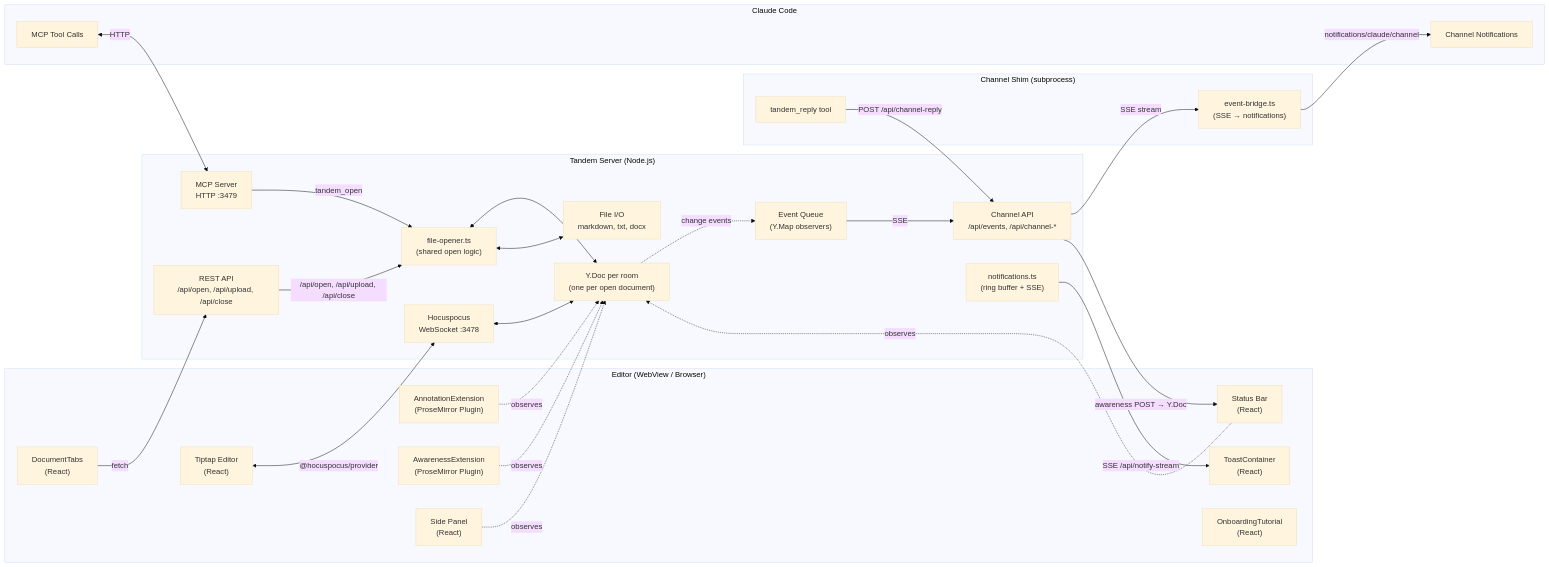
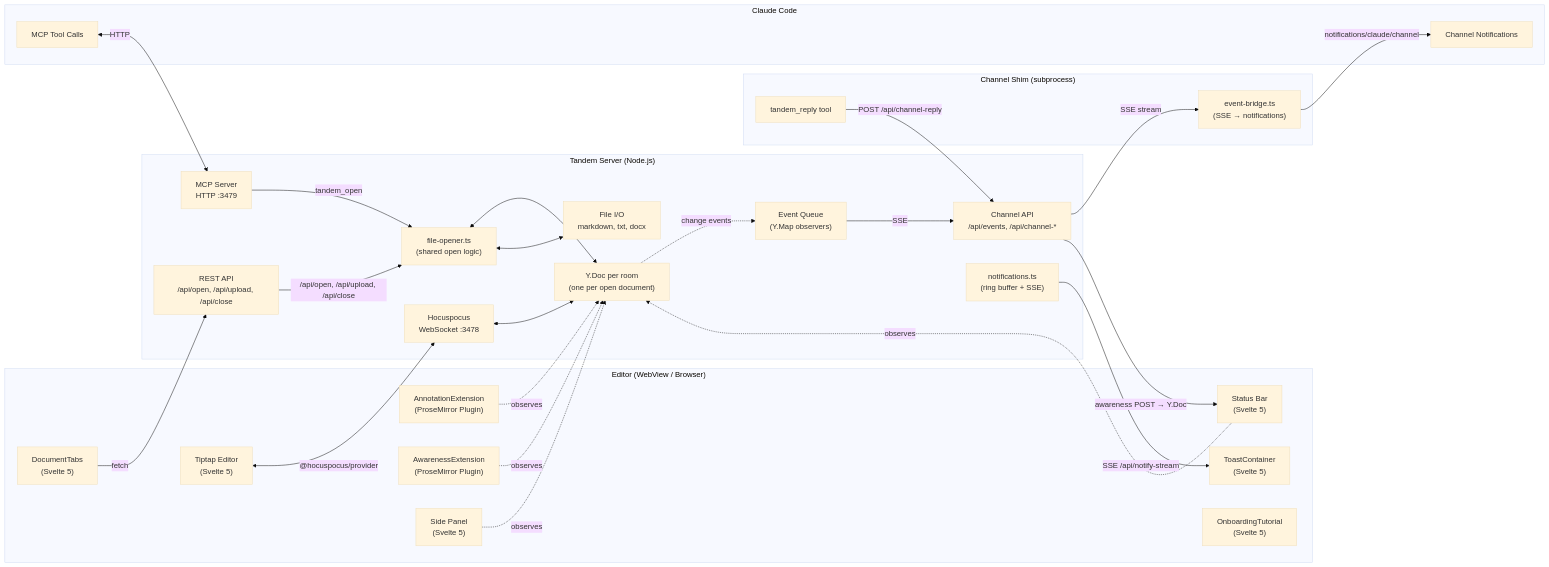
One commit to bloknayrb/tandem changed the second of 3 diagrams in docs/architecture.md. Above: the diagram before and after it, drawn with Mermaid (base theme). The commit also changed other lines of this file and 4 other files, not shown here.

````diff
--- a/docs/architecture.md
+++ b/docs/architecture.md
@@ -33,55 +33,55 @@
 ```mermaid
 graph LR
     subgraph "Editor (WebView / Browser)"
-        DocTabs["DocumentTabs<br/>(React)"]
-        Tiptap["Tiptap Editor<br/>(React)"]
+        DocTabs["DocumentTabs<br/>(Svelte 5)"]
+        Tiptap["Tiptap Editor<br/>(Svelte 5)"]
         AnnExt["AnnotationExtension<br/>(ProseMirror Plugin)"]
         AwExt["AwarenessExtension<br/>(ProseMirror Plugin)"]
-        SidePanel["Side Panel<br/>(React)"]
-        StatusBar["Status Bar<br/>(React)"]
-        Toasts["ToastContainer<br/>(React)"]
-        Tutorial["OnboardingTutorial<br/>(React)"]
+        SidePanel["Side Panel<br/>(Svelte 5)"]
+        StatusBar["Status Bar<br/>(Svelte 5)"]
+        Toasts["ToastContainer<br/>(Svelte 5)"]
+        Tutorial["OnboardingTutorial<br/>(Svelte 5)"]
     end
 
     subgraph "Tandem Server (Node.js)"
         HP["Hocuspocus<br/>WebSocket :3478"]
         MCP["MCP Server<br/>HTTP :3479"]
         API["REST API<br/>/api/open, /api/upload, /api/close"]
         ChannelAPI["Channel API<br/>/api/events, /api/channel-*"]
         EventQueue["Event Queue<br/>(Y.Map observers)"]
         Notify["notifications.ts<br/>(ring buffer + SSE)"]
         FO["file-opener.ts<br/>(shared open logic)"]
         YDoc["Y.Doc per room<br/>(one per open document)"]
         FileIO["File I/O<br/>markdown, txt, docx"]
     end
 
     subgraph "Channel Shim (subprocess)"
         Bridge["event-bridge.ts<br/>(SSE → notifications)"]
         Reply["tandem_reply tool"]
     end
 
     subgraph "Claude Code"
         Tools["MCP Tool Calls"]
         Channel["Channel Notifications"]
     end
 
     Tiptap <-->|"@hocuspocus/provider"| HP
     HP <--> YDoc
     MCP -->|tandem_open| FO
     API -->|/api/open, /api/upload, /api/close| FO
     FO <--> YDoc
     FO <--> FileIO
     Tools <-->|HTTP| MCP
     DocTabs -->|fetch| API
     AnnExt -.->|observes| YDoc
     AwExt -.->|observes| YDoc
     SidePanel -.->|observes| YDoc
     StatusBar -.->|observes| YDoc
     YDoc -.->|change events| EventQueue
     EventQueue -->|SSE| ChannelAPI
     ChannelAPI -->|SSE stream| Bridge
     Bridge -->|notifications/claude/channel| Channel
     Reply -->|POST /api/channel-reply| ChannelAPI
     ChannelAPI -->|awareness POST → Y.Doc| StatusBar
     Notify -->|SSE /api/notify-stream| Toasts
 ```
````
